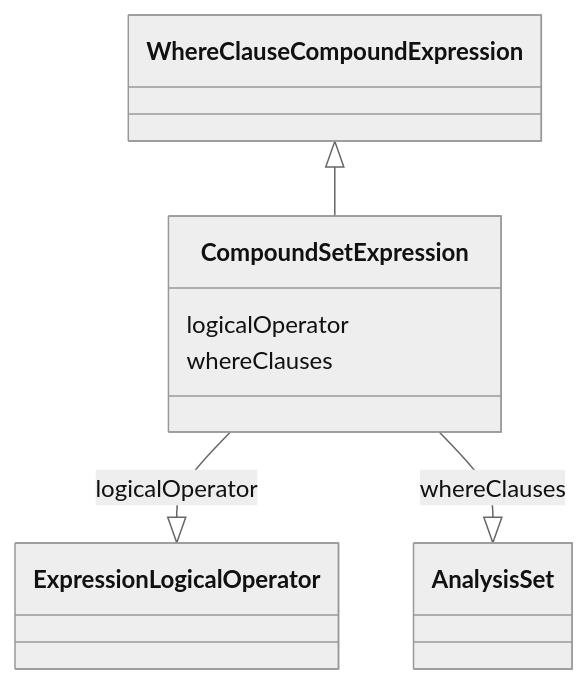
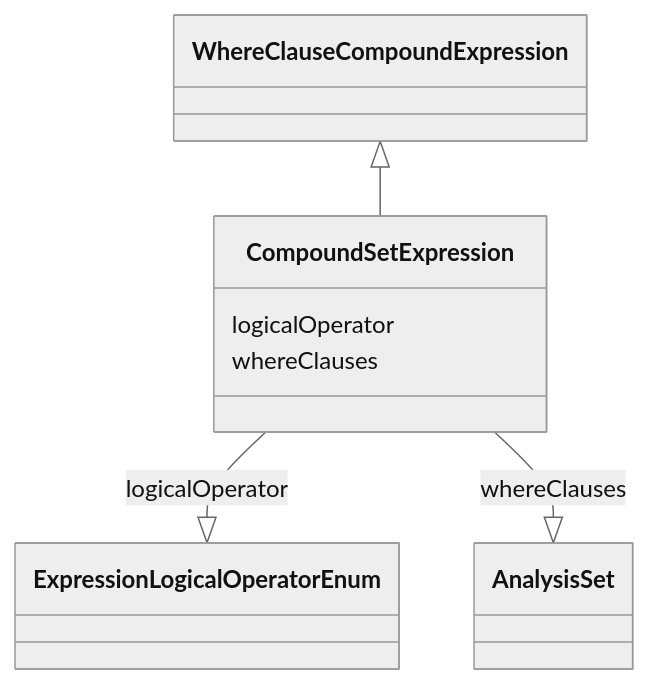
Before and after one commit to cdisc-org/analysis-results-standard: the diagram in project/docs/CompoundSetExpression.md, drawn with Mermaid (neutral theme). The commit also changed other lines of this file and 281 other files, not shown here.

````diff
--- a/project/docs/CompoundSetExpression.md
+++ b/project/docs/CompoundSetExpression.md
@@ -9,15 +9,15 @@
 ```mermaid
  classDiagram
     class CompoundSetExpression
       WhereClauseCompoundExpression <|-- CompoundSetExpression
       
       CompoundSetExpression : logicalOperator
         
-          CompoundSetExpression --|> ExpressionLogicalOperator : logicalOperator
+          CompoundSetExpression --|> ExpressionLogicalOperatorEnum : logicalOperator
         
       CompoundSetExpression : whereClauses
         
           CompoundSetExpression --|> AnalysisSet : whereClauses
         
       
 ```
````
